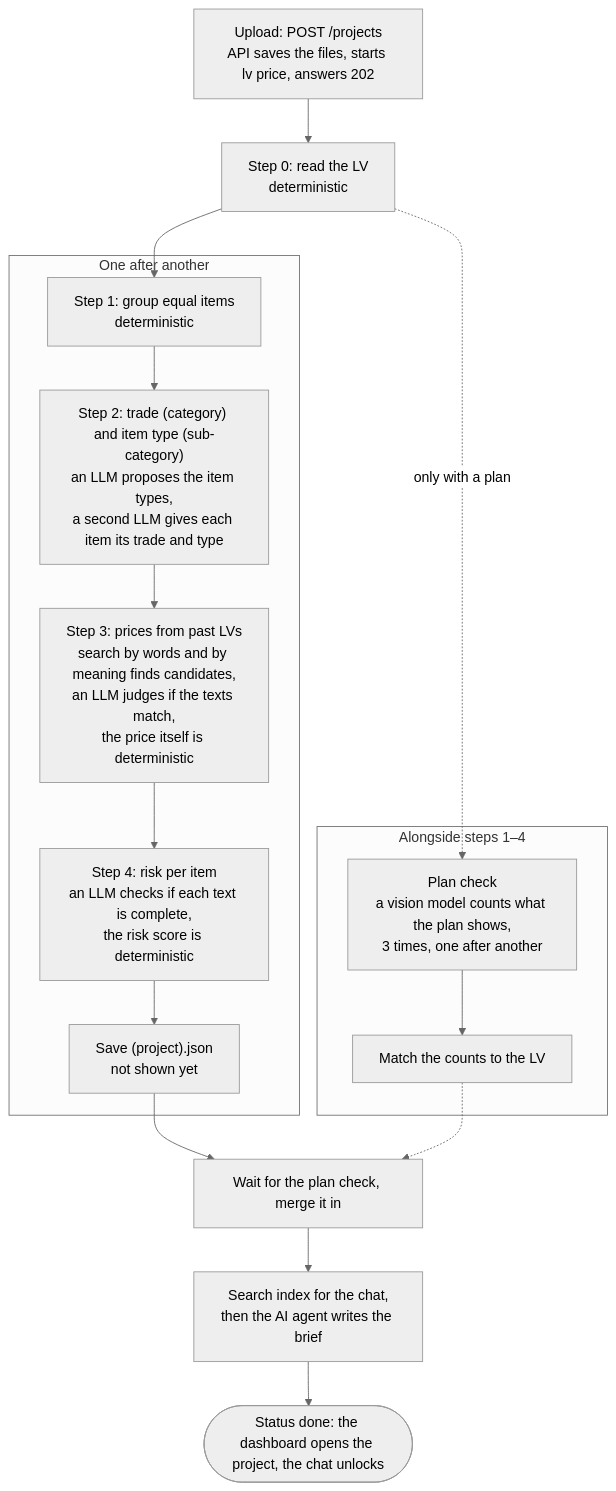
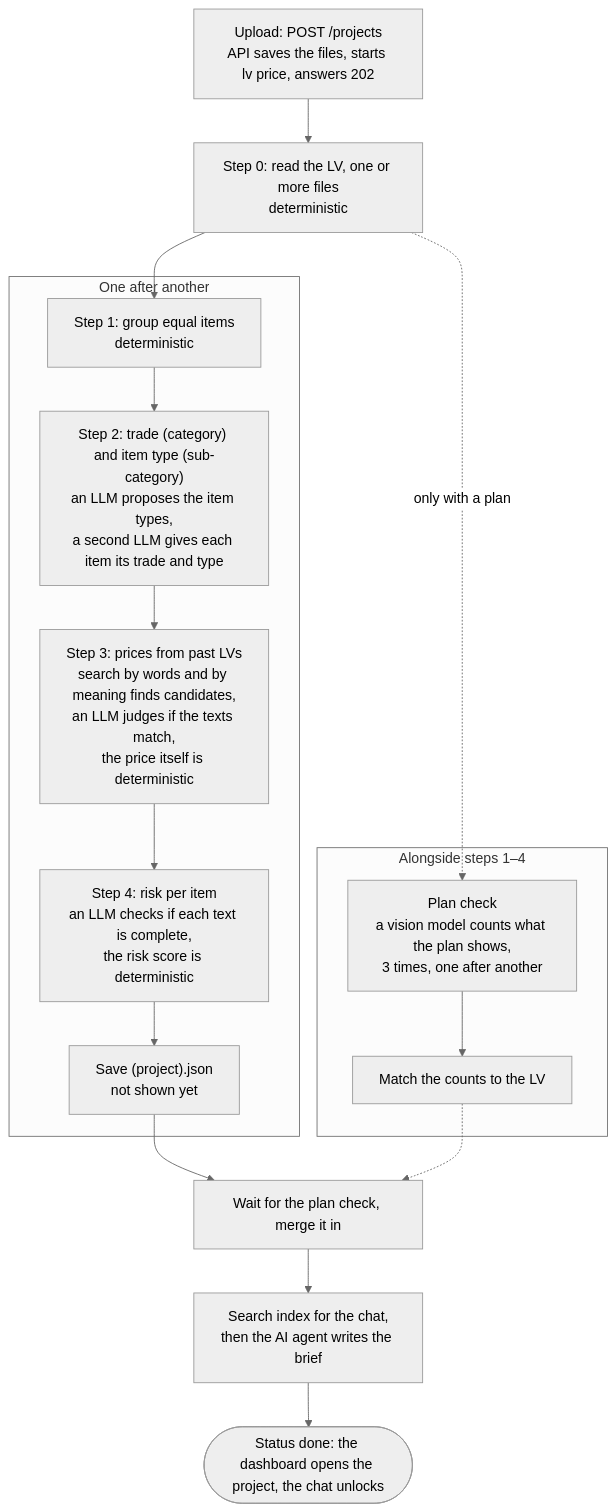
The second of 2 diagrams in README.md (D4V1ND/bauindustrie_hack), drawn with Mermaid (neutral theme) before and after one commit. The commit also changed other lines of this file and 10 other files, not shown here.

````diff
--- a/README.md
+++ b/README.md
@@ -44,20 +44,20 @@
 ```mermaid
 flowchart TD
     UP["Upload: POST /projects<br/>API saves the files, starts lv price, answers 202"]
-    S0["Step 0: read the LV<br/>deterministic"]
+    S0["Step 0: read the LV, one or more files<br/>deterministic"]
     subgraph seq ["One after another"]
         S1["Step 1: group equal items<br/>deterministic"] --> S2["Step 2: trade (category) and item type (sub-category)<br/>an LLM proposes the item types,<br/>a second LLM gives each item its trade and type"]
         S2 --> S3["Step 3: prices from past LVs<br/>search by words and by meaning finds candidates,<br/>an LLM judges if the texts match,<br/>the price itself is deterministic"]
         S3 --> S4["Step 4: risk per item<br/>an LLM checks if each text is complete,<br/>the risk score is deterministic"]
         S4 --> SAVE["Save (project).json<br/>not shown yet"]
     end
     subgraph par ["Alongside steps 1–4"]
         PL["Plan check<br/>a vision model counts what the plan shows,<br/>3 times, one after another"] --> CMP["Match the counts to the LV"]
     end
     UP --> S0 --> S1
     S0 -.->|only with a plan| PL
     SAVE --> MERGE["Wait for the plan check, merge it in"]
     CMP -.-> MERGE
     MERGE --> CHAT["Search index for the chat,<br/>then the AI agent writes the brief"]
     CHAT --> DONE(["Status done: the dashboard opens the project, the chat unlocks"])
 ```
````
